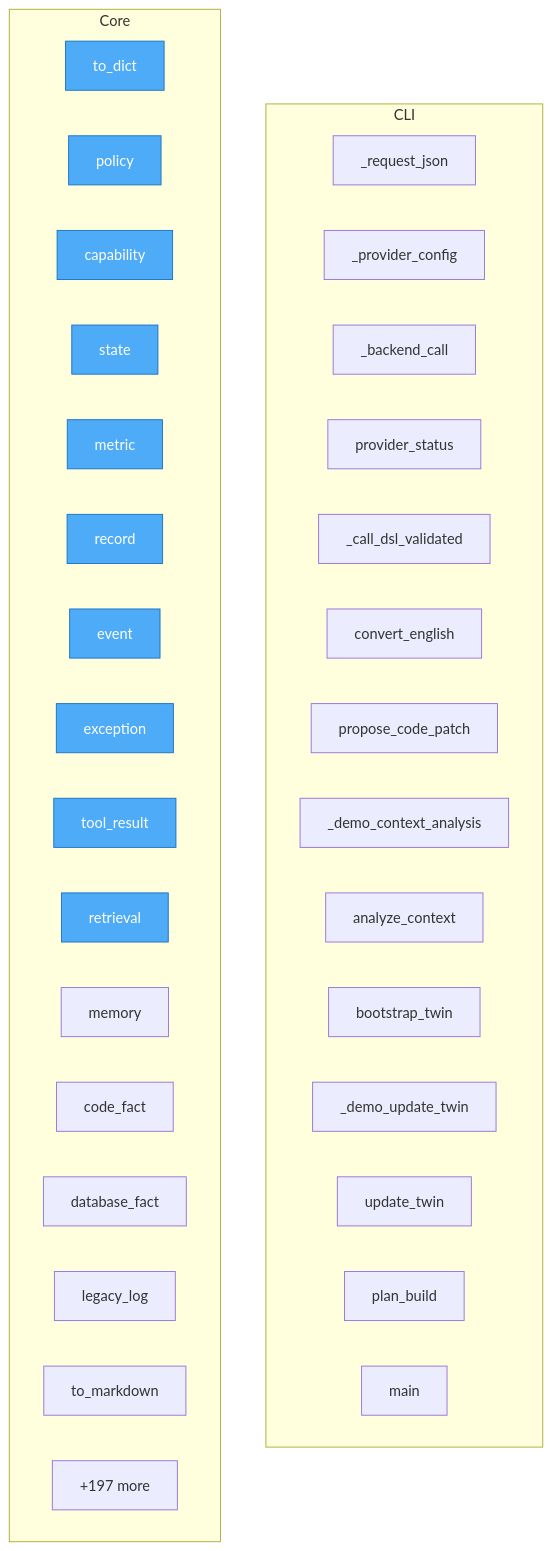
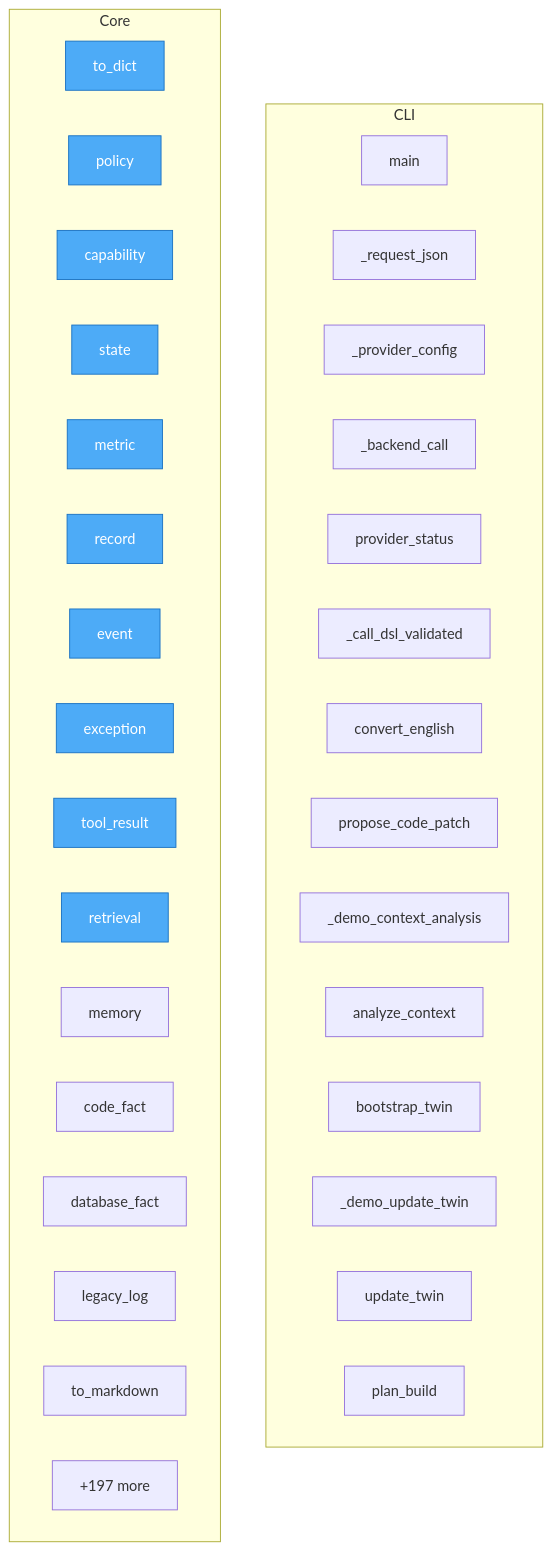
The diagram in project/flow.mmd (tom-sapletta-com/onlyDSL), drawn with Mermaid before and after one commit. The commit also changed 73 other files, not shown here.

```diff
--- a/project/flow.mmd
+++ b/project/flow.mmd
@@ -1,43 +1,43 @@
 flowchart TD
-%% generated in 0.01s
+%% generated in 0.02s
 
     %% Entry points (blue)
     classDef entry fill:#4dabf7,stroke:#1971c2,color:#fff
 
     subgraph CLI
+        onlydsl__cli__main["main"]
         llm_client___request_json["_request_json"]
         llm_client___provider_config["_provider_config"]
         llm_client___backend_call["_backend_call"]
         llm_client__provider_status["provider_status"]
         llm_client___call_dsl_validated["_call_dsl_validated"]
         llm_client__convert_english["convert_english"]
         llm_client__propose_code_patch["propose_code_patch"]
         llm_client___demo_context_analysis["_demo_context_analysis"]
         llm_client__analyze_context["analyze_context"]
         llm_client__bootstrap_twin["bootstrap_twin"]
         llm_client___demo_update_twin["_demo_update_twin"]
         llm_client__update_twin["update_twin"]
         llm_client__plan_build["plan_build"]
-        onlydsl__cli__main["main"]
     end
 
     subgraph Core
         contextdsl__ContextDocument__to_dict["to_dict"]
         contextdsl__ContextCompiler__policy["policy"]
         contextdsl__ContextCompiler__capability["capability"]
         contextdsl__ContextCompiler__state["state"]
         contextdsl__ContextCompiler__metric["metric"]
         contextdsl__ContextCompiler__record["record"]
         contextdsl__ContextCompiler__event["event"]
         contextdsl__ContextCompiler__exception["exception"]
         contextdsl__ContextCompiler__tool_result["tool_result"]
         contextdsl__ContextCompiler__retrieval["retrieval"]
         contextdsl__ContextCompiler__memory["memory"]
         contextdsl__ContextCompiler__code_fact["code_fact"]
         contextdsl__ContextCompiler__database_fact["database_fact"]
         contextdsl__ContextCompiler__legacy_log["legacy_log"]
         contextdsl__ContextCompiler__to_markdown["to_markdown"]
         ...["+197 more"]
     end
 
     class contextdsl__ContextDocument__to_dict,contextdsl__ContextCompiler__policy,contextdsl__ContextCompiler__capability,contextdsl__ContextCompiler__state,contextdsl__ContextCompiler__metric,contextdsl__ContextCompiler__record,contextdsl__ContextCompiler__event,contextdsl__ContextCompiler__exception,contextdsl__ContextCompiler__tool_result,contextdsl__ContextCompiler__retrieval entry
```
